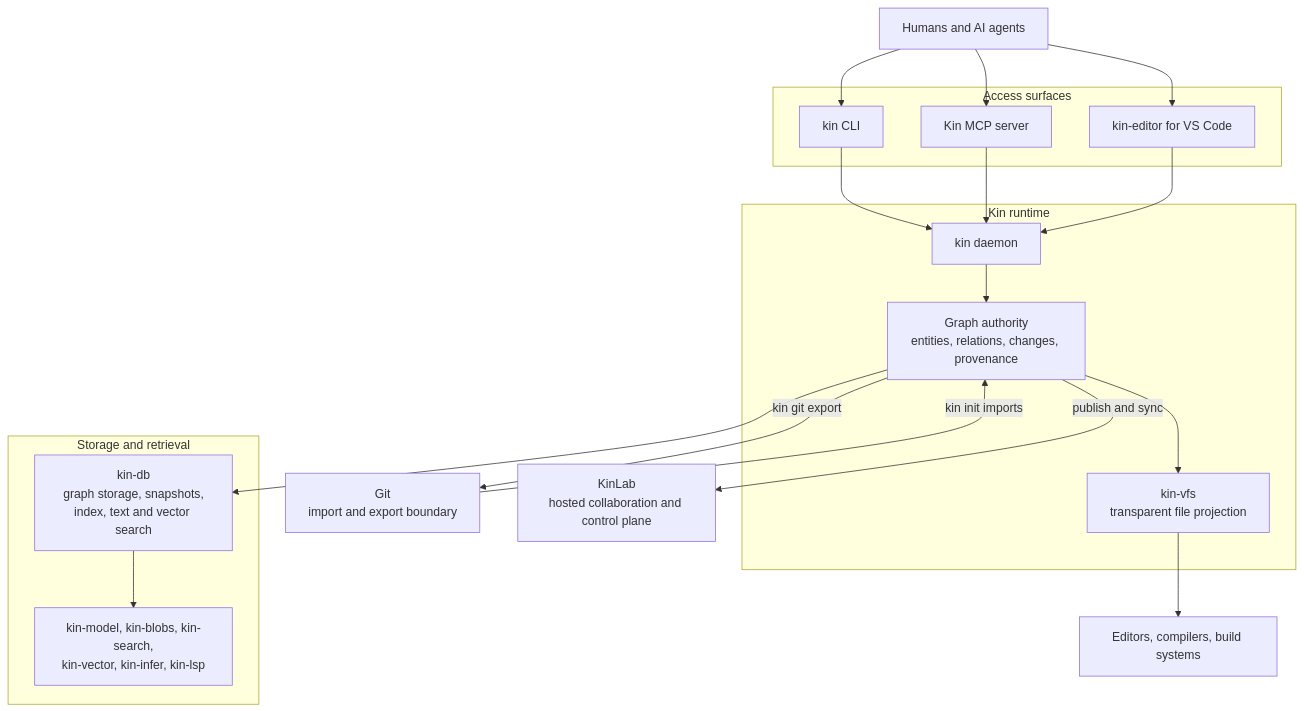
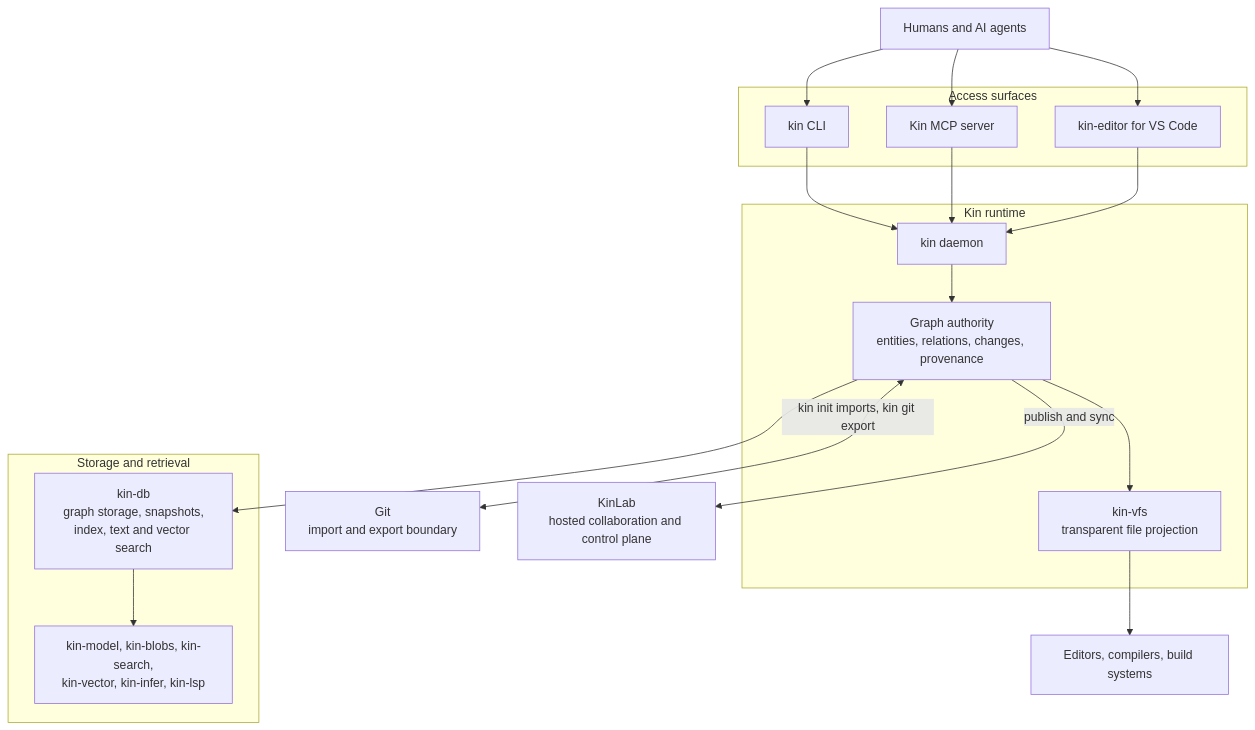
Before and after one commit to firelock-ai/kin: the diagram in README.md, drawn with Mermaid.

Commit message:
Collapse the README diagram's two Git edges into one link
Separate import and export edges made one of them an upward back-edge, and
dagre routed it as a long horizontal line that passed through the Git and
KinLab boxes on its way to kin-db. Rendered, that read as a KinLab to Git to
kin-db chain that does not exist. One bidirectional link carrying both command
names states the same boundary without the back-edge, and declaring the
branches in their left-to-right order keeps storage, interop, hosted, and
projection in stable lanes.

````diff
--- a/README.md
+++ b/README.md
@@ -77,40 +77,39 @@
 ```mermaid
 flowchart TD
     people["Humans and AI agents"]
 
     subgraph surfaces["Access surfaces"]
         cli["kin CLI"]
         mcp["Kin MCP server"]
         editor["kin-editor for VS Code"]
     end
 
     subgraph runtime["Kin runtime"]
         daemon["kin daemon"]
         authority["Graph authority<br/>entities, relations, changes, provenance"]
         vfs["kin-vfs<br/>transparent file projection"]
     end
 
     subgraph layers["Storage and retrieval"]
         db["kin-db<br/>graph storage, snapshots,<br/>index, text and vector search"]
         prims["kin-model, kin-blobs, kin-search,<br/>kin-vector, kin-infer, kin-lsp"]
     end
 
     tools["Editors, compilers, build systems"]
     git["Git<br/>import and export boundary"]
     kinlab["KinLab<br/>hosted collaboration and control plane"]
 
     people --> cli
     people --> mcp
     people --> editor
     cli --> daemon
     mcp --> daemon
     editor --> daemon
     daemon --> authority
+    authority --> db
+    db --> prims
+    authority <-->|"kin init imports, kin git export"| git
+    authority -->|"publish and sync"| kinlab
     authority --> vfs
     vfs --> tools
-    authority --> db
-    db --> prims
-    git -->|"kin init imports"| authority
-    authority -->|"kin git export"| git
-    authority -->|"publish and sync"| kinlab
 ```
````
